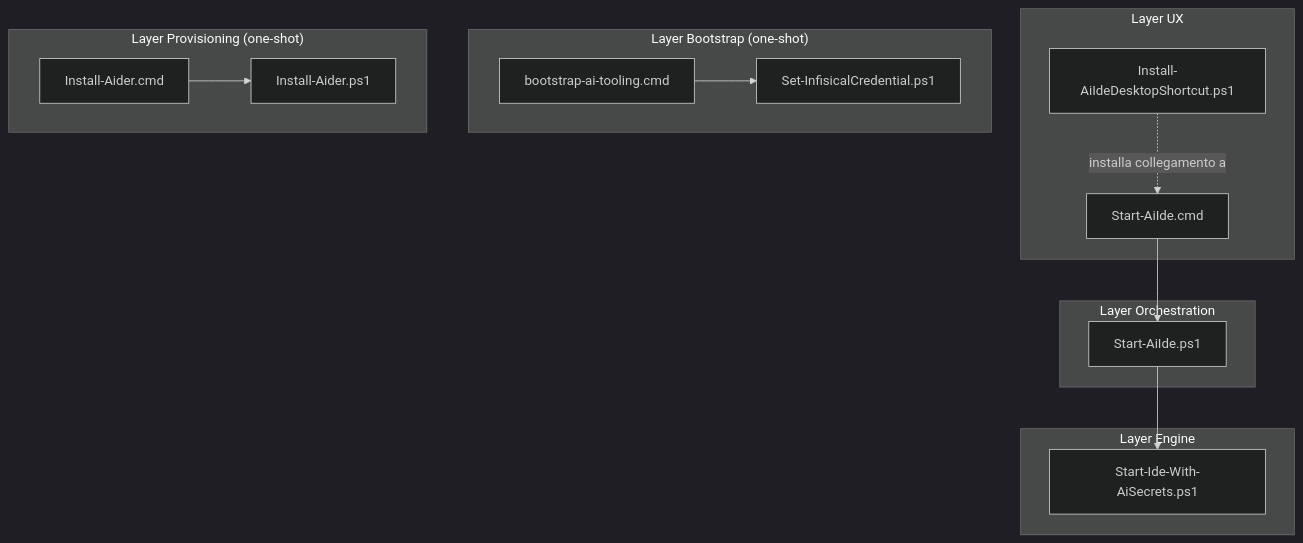
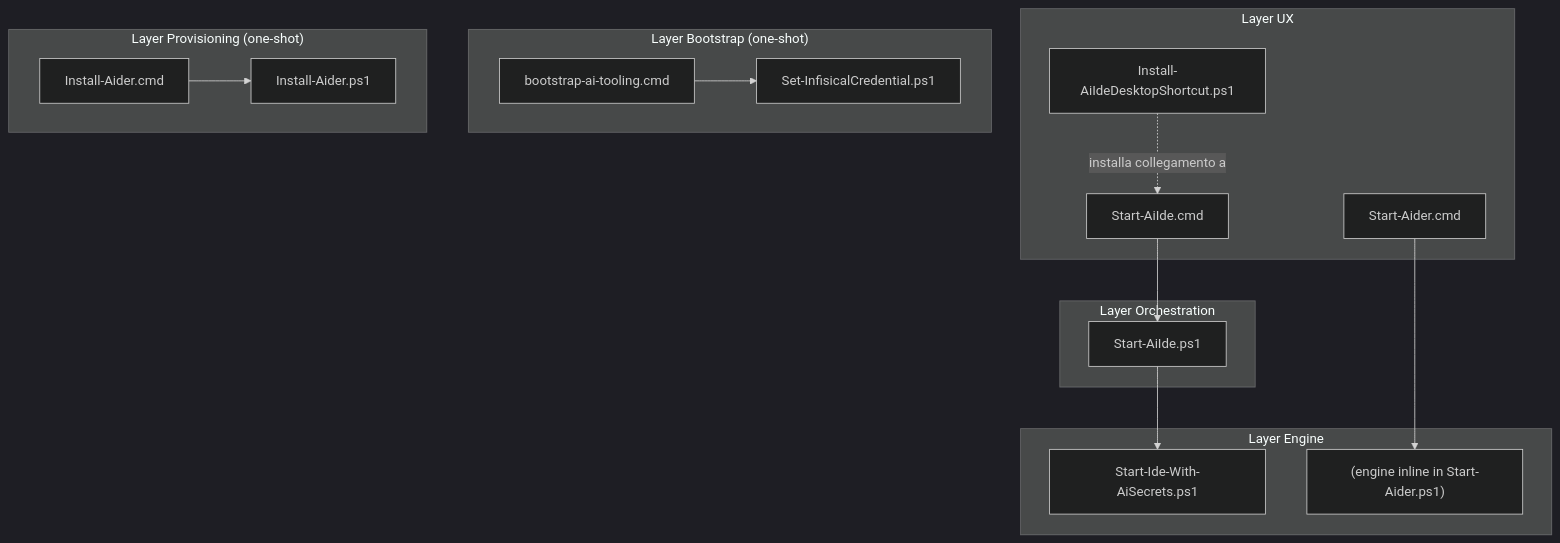
Before and after one commit to gargiolastech-core/gargiolastech-ai-tooling: the tenth of 29 diagrams in docs/DOCUMENTATION.md, drawn with Mermaid (dark theme). The commit also changed other lines of this file and 17 other files, not shown here.

````diff
--- a/docs/DOCUMENTATION.md
+++ b/docs/DOCUMENTATION.md
@@ -795,31 +820,34 @@
 ```mermaid
 flowchart TB
     subgraph LayerUX["Layer UX"]
         CMD["Start-AiIde.cmd"]
+        ACMD["Start-Aider.cmd"]
         SHORT["Install-AiIdeDesktopShortcut.ps1"]
     end
 
     subgraph LayerOrch["Layer Orchestration"]
         LAUNCH["Start-AiIde.ps1"]
     end
 
     subgraph LayerEngine["Layer Engine"]
         ENG["Start-Ide-With-AiSecrets.ps1"]
+        AENG["(engine inline in Start-Aider.ps1)"]
     end
 
     subgraph LayerBootstrap["Layer Bootstrap (one-shot)"]
         BOOT["bootstrap-ai-tooling.cmd"]
         SETCRED["Set-InfisicalCredential.ps1"]
     end
 
     subgraph LayerProvisioning["Layer Provisioning (one-shot)"]
         AIDERCMD["Install-Aider.cmd"]
         AIDERPS["Install-Aider.ps1"]
     end
 
     CMD --> LAUNCH
+    ACMD --> AENG
     SHORT -.->|"installa collegamento a"| CMD
     LAUNCH --> ENG
     BOOT --> SETCRED
     AIDERCMD --> AIDERPS
 ```
````
